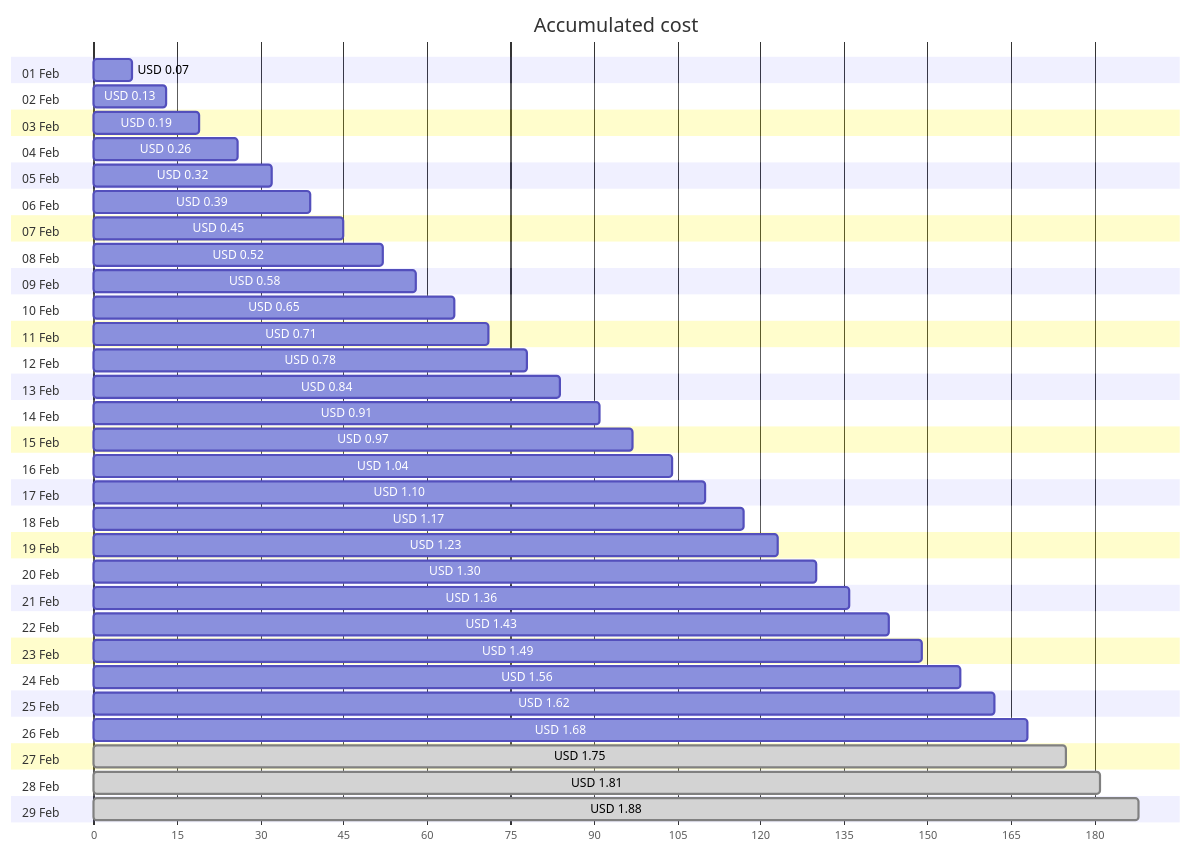
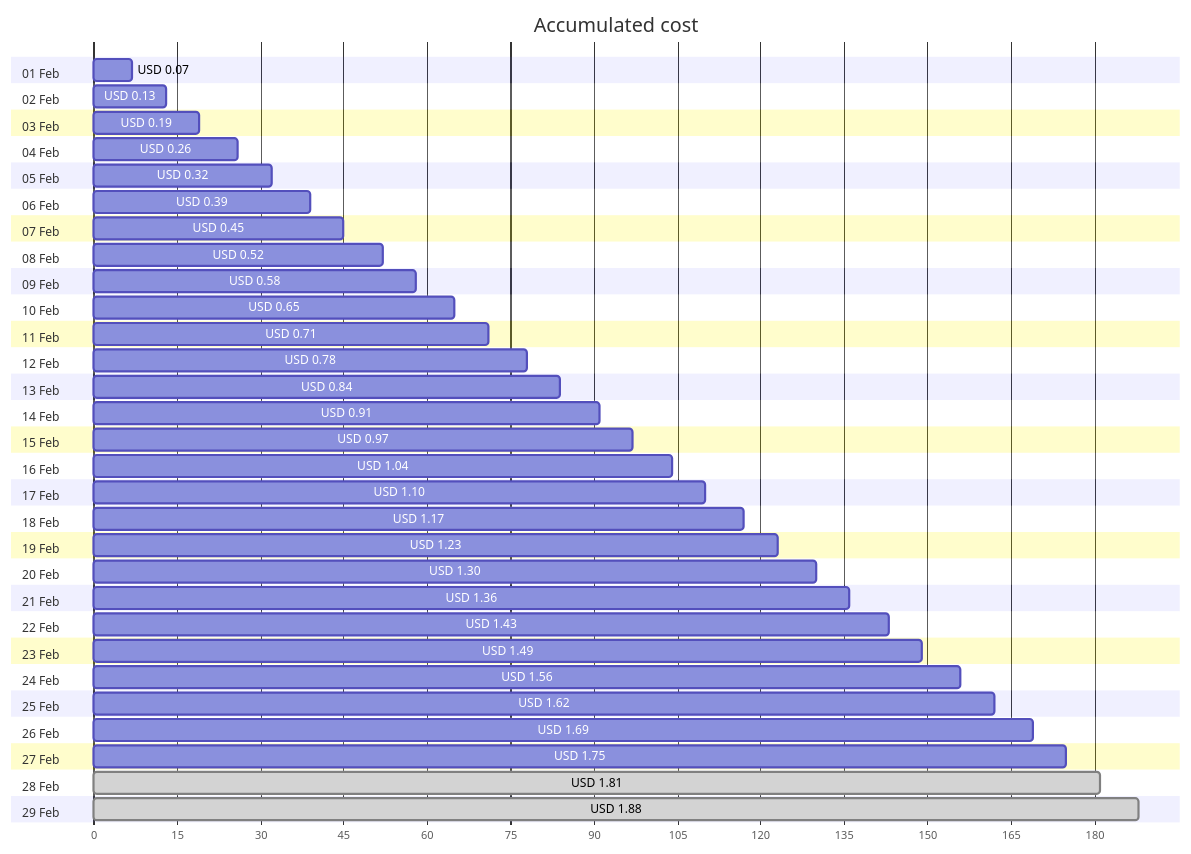
One commit to jpfulton/azure-personal-reports changed the first of 4 diagrams in cost-reports/personal-network/backup-server_OsDisk.md. Above: the diagram before and after it, drawn with Mermaid. The commit also changed other lines of this file and 8 other files, not shown here.

````diff
--- a/cost-reports/personal-network/backup-server_OsDisk.md
+++ b/cost-reports/personal-network/backup-server_OsDisk.md
@@ -20,64 +20,64 @@
 ```mermaid
 gantt
    title Accumulated cost
    dateFormat  X
    axisFormat %s
    section 01 Feb
    USD 0.07 :0, 7
    section 02 Feb
    USD 0.13 :0, 13
    section 03 Feb
    USD 0.19 :0, 19
    section 04 Feb
    USD 0.26 :0, 26
    section 05 Feb
    USD 0.32 :0, 32
    section 06 Feb
    USD 0.39 :0, 39
    section 07 Feb
    USD 0.45 :0, 45
    section 08 Feb
    USD 0.52 :0, 52
    section 09 Feb
    USD 0.58 :0, 58
    section 10 Feb
    USD 0.65 :0, 65
    section 11 Feb
    USD 0.71 :0, 71
    section 12 Feb
    USD 0.78 :0, 78
    section 13 Feb
    USD 0.84 :0, 84
    section 14 Feb
    USD 0.91 :0, 91
    section 15 Feb
    USD 0.97 :0, 97
    section 16 Feb
    USD 1.04 :0, 104
    section 17 Feb
    USD 1.10 :0, 110
    section 18 Feb
    USD 1.17 :0, 117
    section 19 Feb
    USD 1.23 :0, 123
    section 20 Feb
    USD 1.30 :0, 130
    section 21 Feb
    USD 1.36 :0, 136
    section 22 Feb
    USD 1.43 :0, 143
    section 23 Feb
    USD 1.49 :0, 149
    section 24 Feb
    USD 1.56 :0, 156
    section 25 Feb
    USD 1.62 :0, 162
    section 26 Feb
-   USD 1.68 :0, 168
+   USD 1.69 :0, 169
    section 27 Feb
-   USD 1.75 : done, 0, 175
+   USD 1.75 :0, 175
    section 28 Feb
    USD 1.81 : done, 0, 181
    section 29 Feb
    USD 1.88 : done, 0, 188
 ```
````
